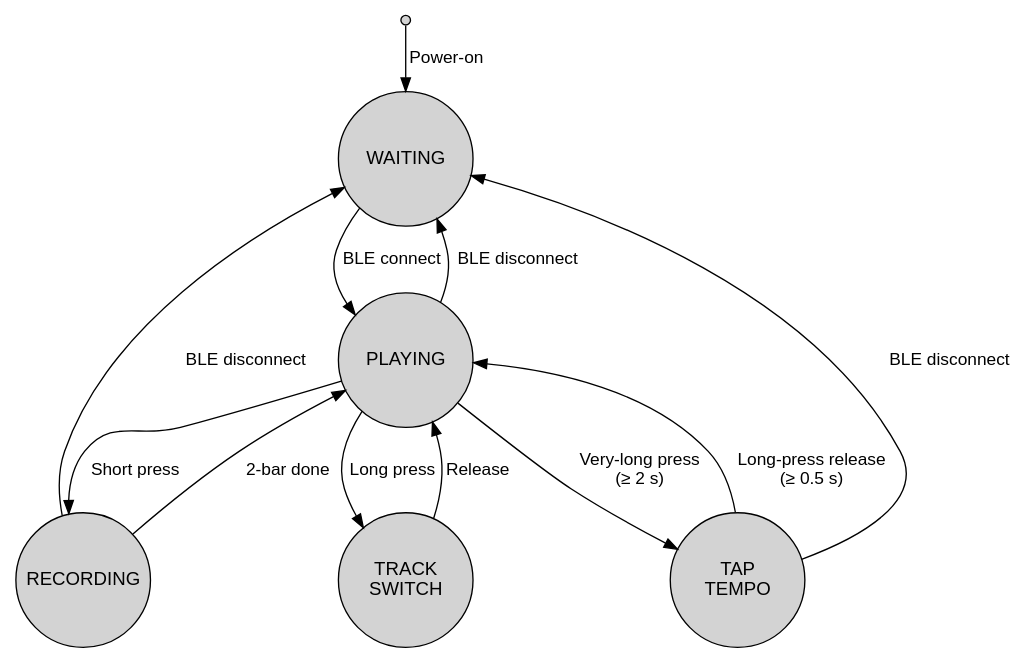
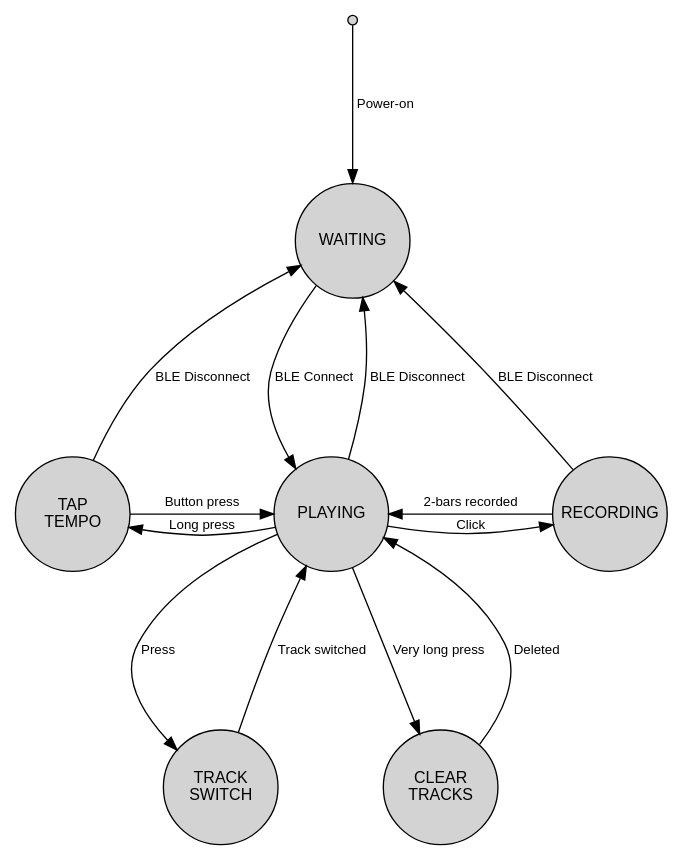
One commit to oyama/pico-midi-looper-ble changed the diagram in docs/looper_fsm.dot. Above: the diagram before and after it, drawn with Graphviz. The commit also changed 10 other files, not shown here.

Commit message:
add `CLEAR_TRACKS` state and extract display logic to `display.c`

```diff
--- a/docs/looper_fsm.dot
+++ b/docs/looper_fsm.dot
@@ -1,31 +1,41 @@
-digraph looper_fsm {
-    /* -------- common style -------- */
-    node [shape=circle, fixedsize=true, width=1.4, height=1.4,
-          fontname="Helvetica", style=filled, fillcolor=lightgray, fontsize=14];
-    edge [fontname="Helvetica", fontsize=13];
+digraph LooperFSM {
+    rankdir=TB;
+    graph [nodesep=0.6, ranksep=1.5];
+    node [shape=circle, fixedsize=true, width=1.2, height=1.2,
+          fontname="Helvetica", style=filled, fillcolor=lightgray, fontsize=12];
+    edge [fontname="Helvetica", fontsize=10];
 
-    /* -------- states -------- */
-    Startup   [shape=point, width=0.1, label=""];
-    Waiting   [label="WAITING"];
-    Playing   [label="PLAYING"];
-    Recording [label="RECORDING"];
-    Switching [label="TRACK\nSWITCH"];
-    TapTempo  [label="TAP\nTEMPO"];
+    { rank=source; Startup; }
+    { rank=same; WAITING; }
+    { rank=sink; TRACK_SWITCH; CLEAR_TRACKS; }
+    { rank=same; TAP_TEMPO; PLAYING; RECORDING; }
 
-    /* -------- system events -------- */
-    Startup  -> Waiting   [label="Power-on"];
-    Waiting  -> Playing   [label="BLE connect"];
-    Playing  -> Waiting   [label="BLE disconnect"];
-    Recording-> Waiting   [label="BLE disconnect"];
-    TapTempo -> Waiting   [label="BLE disconnect"];
+    Startup        [shape=point, width=0.1, label=""];
+    WAITING;
+    RECORDING;
+    PLAYING;
+    TAP_TEMPO[label="TAP\nTEMPO"];
+    TRACK_SWITCH[label="TRACK\nSWITCH"];
+    CLEAR_TRACKS[label="CLEAR\nTRACKS"];
 
-    /* -------- looper button events -------- */
-    Playing   -> Recording [label="Short press"];
-    Recording -> Playing   [label="2-bar done"];
-    Playing   -> Switching [label="Long press"];
-    Switching -> Playing   [label="Release"];
+    // Transitions
+    Startup -> WAITING         [label=" Power-on"];
 
-    /* -------- tap-tempo mode switch -------- */
-    Playing  -> TapTempo [label="Very-long press\n(≥ 2 s)"];
-    TapTempo -> Playing  [label="Long-press release\n(≥ 0.5 s)"];
+    WAITING -> PLAYING         [label=" BLE Connect"];
+
+    PLAYING -> WAITING         [label=" BLE Disconnect"];
+    PLAYING -> RECORDING       [label=" Click"];
+    PLAYING -> TRACK_SWITCH    [label=" Press"];
+    PLAYING -> TAP_TEMPO       [label=" Long press", constraint=false];
+    PLAYING -> CLEAR_TRACKS    [label=" Very long press"];
+
+    RECORDING -> WAITING       [label=" BLE Disconnect"];
+    RECORDING -> PLAYING       [label=" 2-bars recorded"];
+
+    TRACK_SWITCH -> PLAYING    [label=" Track switched"];
+
+    TAP_TEMPO -> WAITING       [label=" BLE Disconnect"];
+    TAP_TEMPO -> PLAYING       [label=" Button press"];
+
+    CLEAR_TRACKS -> PLAYING    [label=" Deleted"];
 }
```
